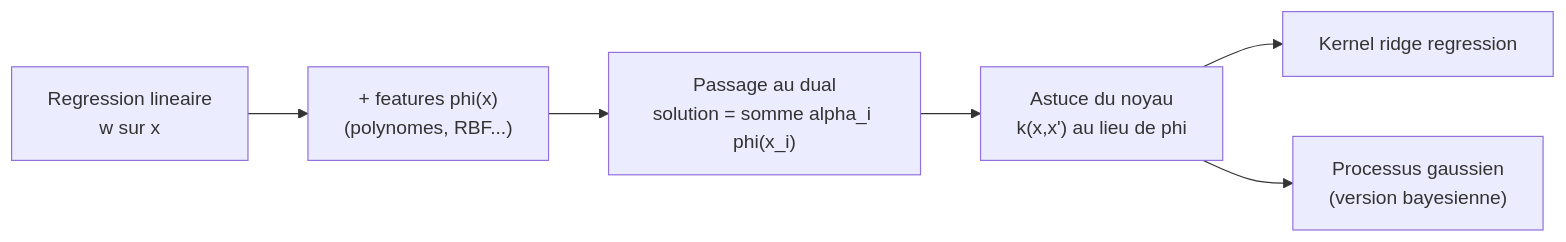
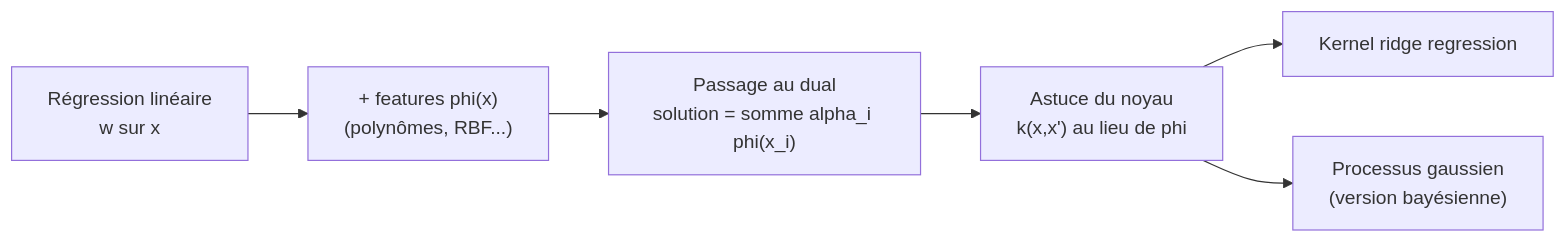
The fourth of 4 diagrams in chapitres/09-regression-lineaire.md (tanguychenier/Mathematiques-pour-le-Machine-Learning), drawn with Mermaid before and after one commit. The commit also changed other lines of this file and 7 other files, not shown here.

````diff
--- a/chapitres/09-regression-lineaire.md
+++ b/chapitres/09-regression-lineaire.md
@@ -741,8 +741,8 @@
 ```mermaid
 flowchart LR
-    A["Regression lineaire<br/>w sur x"] --> B["+ features phi(x)<br/>(polynomes, RBF...)"]
+    A["Régression linéaire<br/>w sur x"] --> B["+ features phi(x)<br/>(polynômes, RBF...)"]
     B --> C["Passage au dual<br/>solution = somme alpha_i phi(x_i)"]
     C --> D["Astuce du noyau<br/>k(x,x') au lieu de phi"]
     D --> E["Kernel ridge regression"]
-    D --> F["Processus gaussien<br/>(version bayesienne)"]
+    D --> F["Processus gaussien<br/>(version bayésienne)"]
 ```
````
